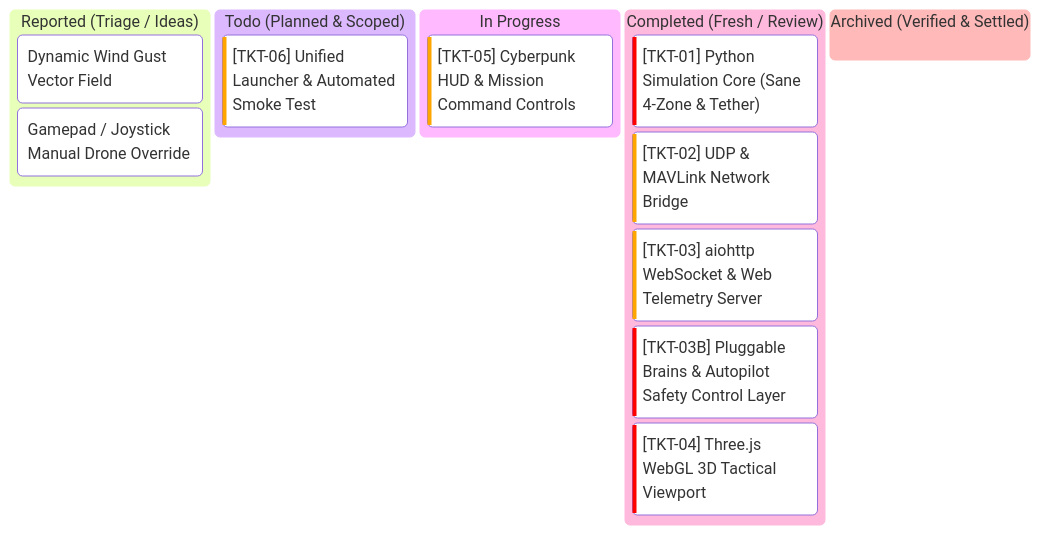
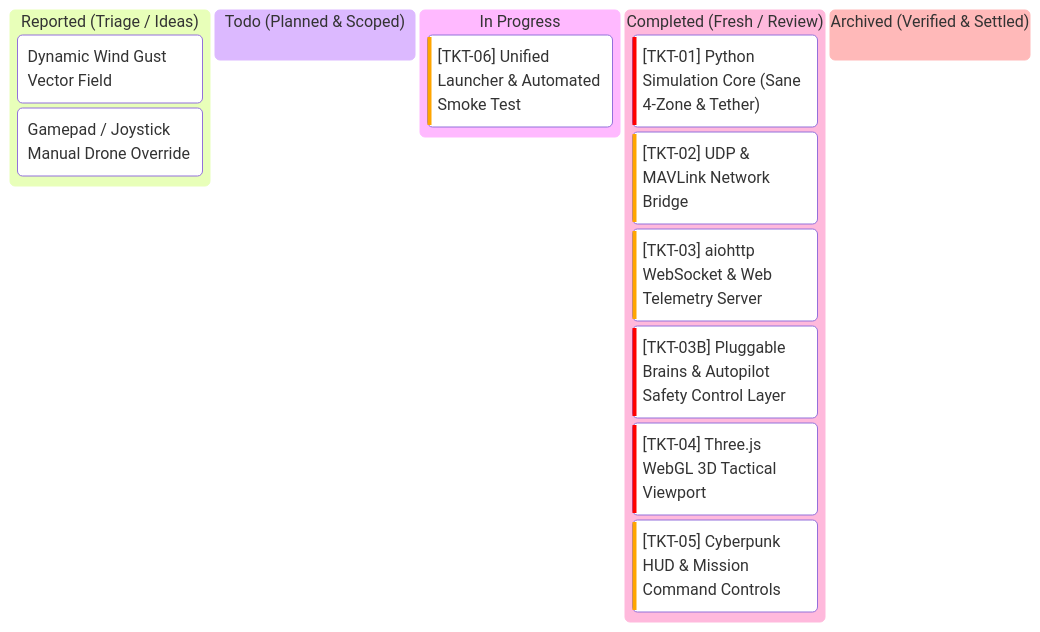
The diagram in kanban.md (AlitheiaDeus/SwarmTech_v3-Uprising), drawn with Mermaid before and after one commit. The commit also changed other lines of this file and 5 other files, not shown here.

Commit message:
feat(frontend): implement Cyberpunk HUD and tactical command deck [TKT-05]

````diff
--- a/kanban.md
+++ b/kanban.md
@@ -7,17 +7,17 @@
 ```mermaid
 kanban
   reported["Reported (Triage / Ideas)"]
     idea1["Dynamic Wind Gust Vector Field"]
     idea2["Gamepad / Joystick Manual Drone Override"]
   todo["Todo (Planned & Scoped)"]
+  in_progress["In Progress"]
     tkt6["[TKT-06] Unified Launcher & Automated Smoke Test"]@{ priority: 'High' }
-  in_progress["In Progress"]
-    tkt5["[TKT-05] Cyberpunk HUD & Mission Command Controls"]@{ priority: 'High' }
   completed["Completed (Fresh / Review)"]
     tkt1["[TKT-01] Python Simulation Core (Sane 4-Zone & Tether)"]@{ priority: 'Very High' }
     tkt2["[TKT-02] UDP & MAVLink Network Bridge"]@{ priority: 'High' }
     tkt3["[TKT-03] aiohttp WebSocket & Web Telemetry Server"]@{ priority: 'High' }
     tkt3b["[TKT-03B] Pluggable Brains & Autopilot Safety Control Layer"]@{ priority: 'Very High' }
     tkt4["[TKT-04] Three.js WebGL 3D Tactical Viewport"]@{ priority: 'Very High' }
+    tkt5["[TKT-05] Cyberpunk HUD & Mission Command Controls"]@{ priority: 'High' }
   archived["Archived (Verified & Settled)"]
 ```
````
